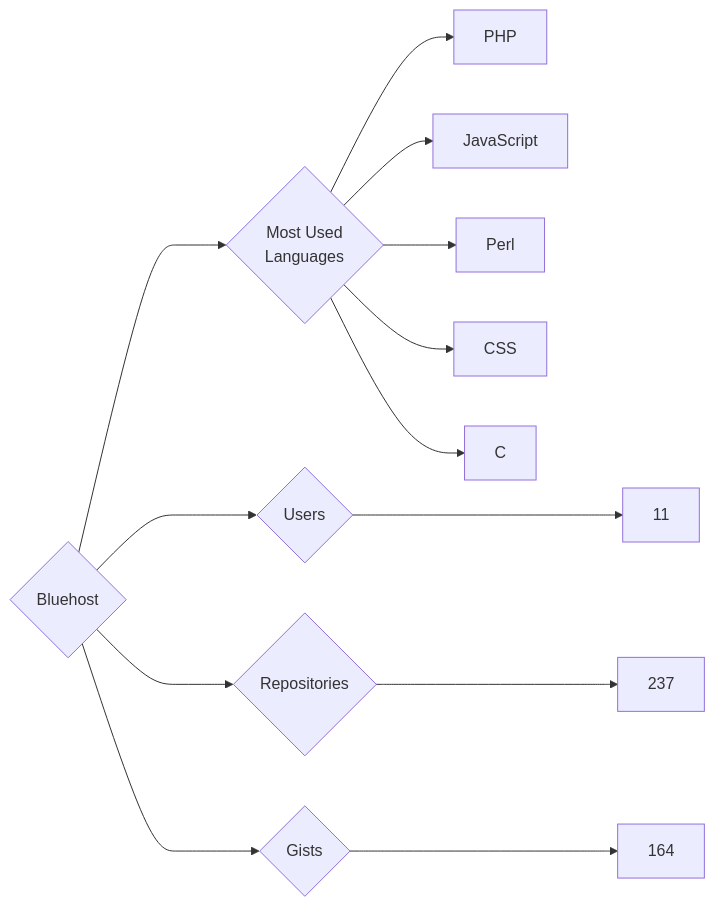
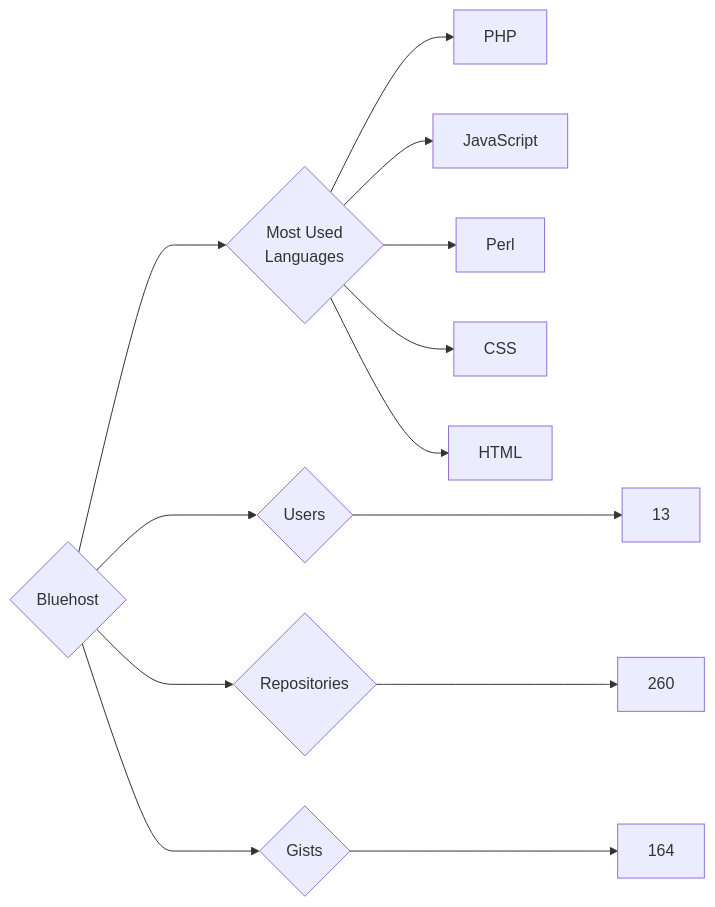
One commit to trickest/insiders changed the diagram in targets/Bluehost/README.md. Above: the diagram before and after it, drawn with Mermaid. The commit also changed 757 other files, not shown here.

````diff
--- a/targets/Bluehost/README.md
+++ b/targets/Bluehost/README.md
@@ -3,13 +3,13 @@
 ```mermaid
 graph LR
 COMPANY_NAME{Bluehost}
-COMPANY_NAME ---> U{Users} ---> UN[11]
-COMPANY_NAME ---> R{Repositories} ---> RN[237]
+COMPANY_NAME ---> U{Users} ---> UN[13]
+COMPANY_NAME ---> R{Repositories} ---> RN[260]
 COMPANY_NAME ---> G{Gists} ---> GN[164]
 COMPANY_NAME ---> ML{Most Used<br>Languages}
 ML --> PHP[PHP]
 ML --> JavaScript[JavaScript]
 ML --> Perl[Perl]
 ML --> CSS[CSS]
-ML --> C[C]
+ML --> HTML[HTML]
 ```
````
